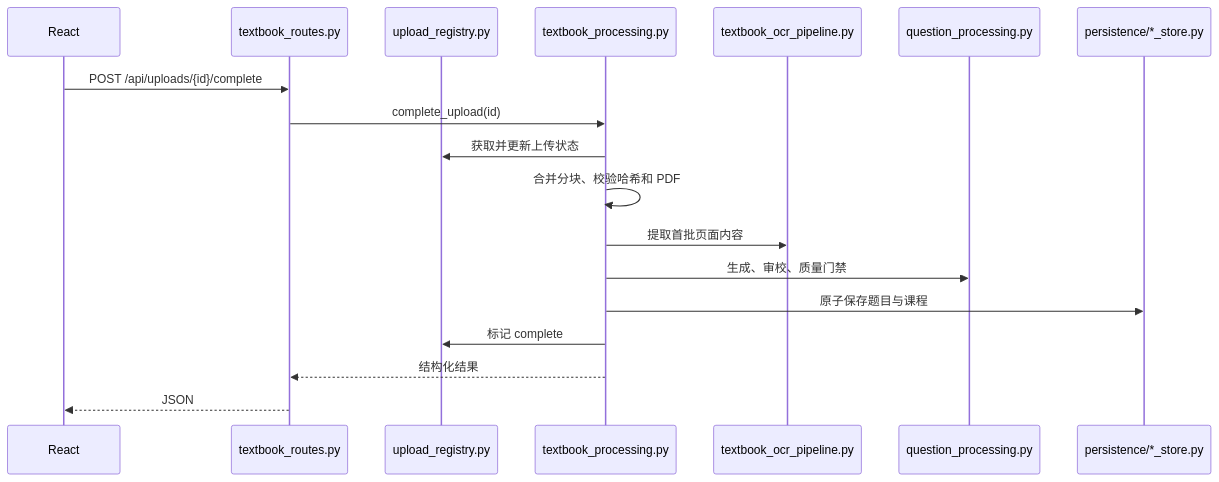
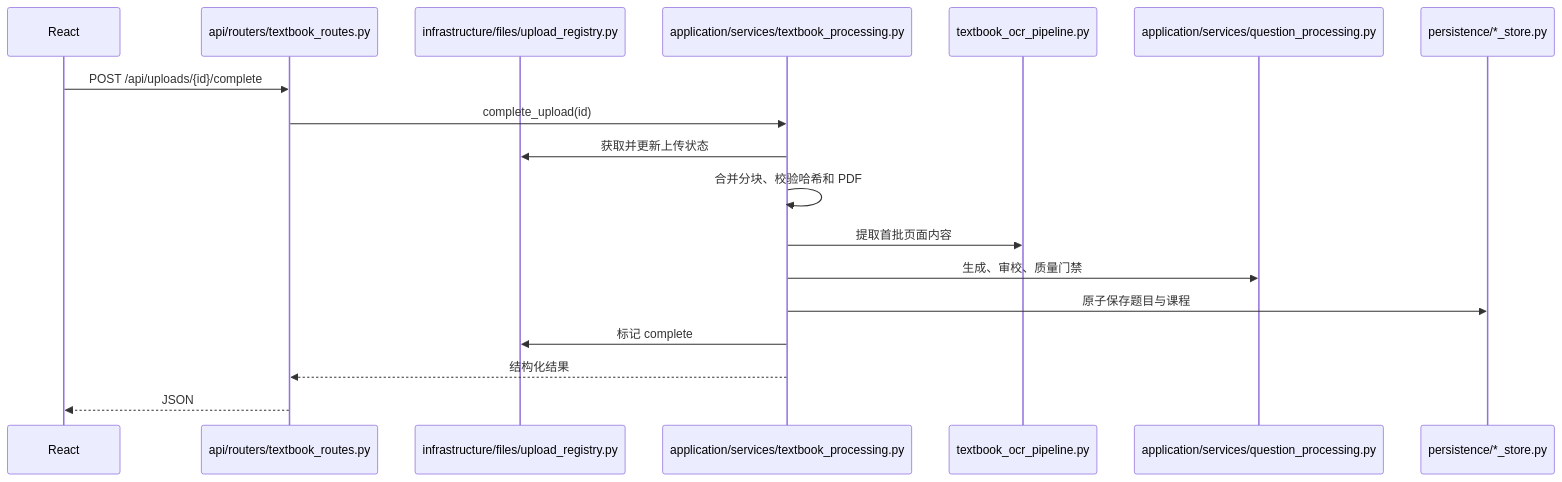
Before and after one commit to ningkaikok/dotty-tutor: the second of 2 diagrams in docs/backend-learning-guide.md, drawn with Mermaid. The commit also changed other lines of this file and 91 other files, not shown here.

Commit message:
refactor(architecture): layer backend modules (#101)

````diff
--- a/docs/backend-learning-guide.md
+++ b/docs/backend-learning-guide.md
@@ -47,21 +47,21 @@
 ```mermaid
 sequenceDiagram
   participant UI as React
-  participant Route as textbook_routes.py
-  participant Registry as upload_registry.py
-  participant Service as textbook_processing.py
+  participant Route as api/routers/textbook_routes.py
+  participant Registry as infrastructure/files/upload_registry.py
+  participant Service as application/services/textbook_processing.py
   participant OCR as textbook_ocr_pipeline.py
-  participant Pipeline as question_processing.py
+  participant Pipeline as application/services/question_processing.py
   participant Store as persistence/*_store.py
 
   UI->>Route: POST /api/uploads/{id}/complete
   Route->>Service: complete_upload(id)
   Service->>Registry: 获取并更新上传状态
   Service->>Service: 合并分块、校验哈希和 PDF
   Service->>OCR: 提取首批页面内容
   Service->>Pipeline: 生成、审校、质量门禁
   Service->>Store: 原子保存题目与课程
   Service->>Registry: 标记 complete
   Service-->>Route: 结构化结果
   Route-->>UI: JSON
 ```
````
